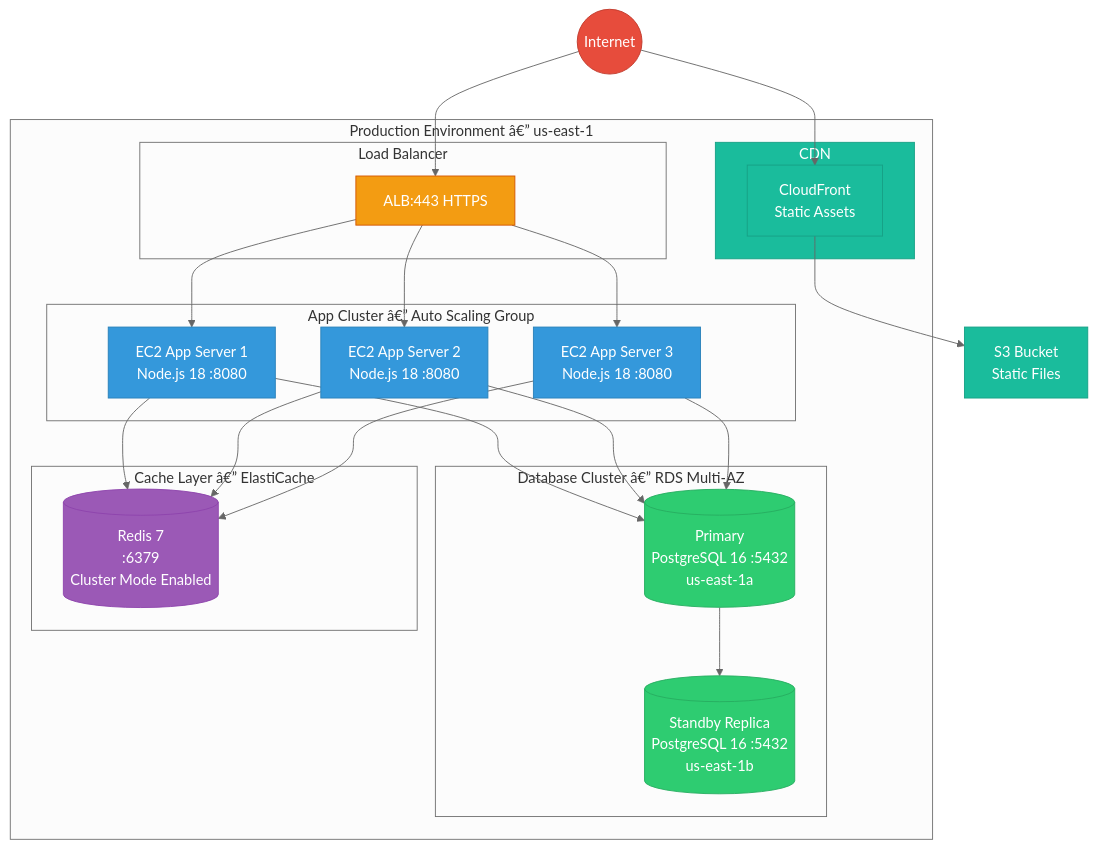
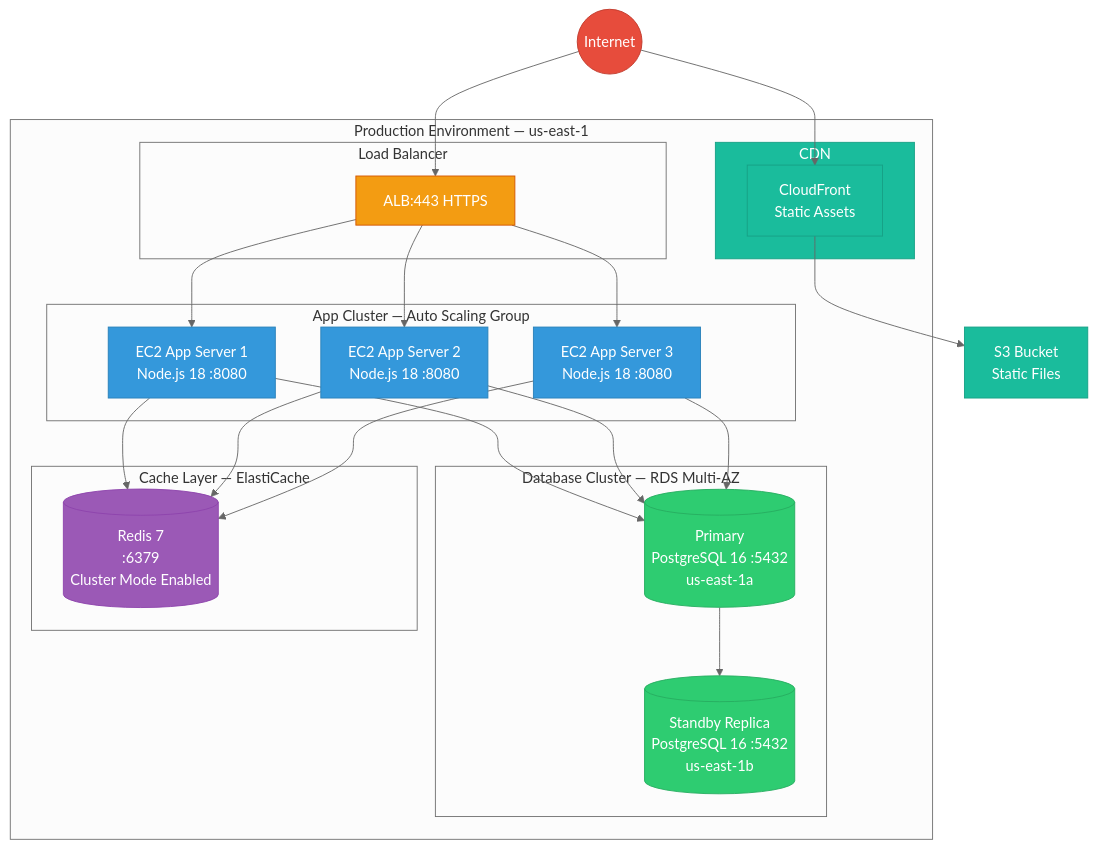
Before and after one commit to Raushan666java/ai-engineering-journey: the eighth of 10 diagrams in docs/courses/software-engineering/03-system-modeling.md, drawn with Mermaid (neutral theme). The commit also changed other lines of this file and 965 other files, not shown here.

````diff
--- a/docs/courses/software-engineering/03-system-modeling.md
+++ b/docs/courses/software-engineering/03-system-modeling.md
@@ -429,49 +429,49 @@
 ```mermaid
 graph TD
-    subgraph "Production Environment â€” us-east-1"
+    subgraph "Production Environment — us-east-1"
         subgraph "Load Balancer"
             LB[ALB:443 HTTPS]
         end
-        subgraph "App Cluster â€” Auto Scaling Group"
+        subgraph "App Cluster — Auto Scaling Group"
             A1[EC2 App Server 1<br/>Node.js 18 :8080]
             A2[EC2 App Server 2<br/>Node.js 18 :8080]
             A3[EC2 App Server 3<br/>Node.js 18 :8080]
         end
-        subgraph "Database Cluster â€” RDS Multi-AZ"
+        subgraph "Database Cluster — RDS Multi-AZ"
             DB1[(Primary<br/>PostgreSQL 16 :5432<br/>us-east-1a)]
             DB2[(Standby Replica<br/>PostgreSQL 16 :5432<br/>us-east-1b)]
         end
-        subgraph "Cache Layer â€” ElastiCache"
+        subgraph "Cache Layer — ElastiCache"
             REDIS[(Redis 7<br/>:6379<br/>Cluster Mode Enabled)]
         end
         subgraph "CDN"
             CF[CloudFront<br/>Static Assets]
         end
     end
     INTERNET((Internet)) --> CF
     INTERNET --> LB
     LB --> A1
     LB --> A2
     LB --> A3
     A1 --> DB1
     A2 --> DB1
     A3 --> DB1
     DB1 --> DB2
     A1 --> REDIS
     A2 --> REDIS
     A3 --> REDIS
     CF --> S3[S3 Bucket<br/>Static Files]
 
     classDef internet fill:#e74c3c,stroke:#c0392b,color:#fff
     classDef lb fill:#f39c12,stroke:#d35400,color:#fff
     classDef app fill:#3498db,stroke:#2980b9,color:#fff
     classDef db fill:#2ecc71,stroke:#27ae60,color:#fff
     classDef cache fill:#9b59b6,stroke:#8e44ad,color:#fff
     classDef cdn fill:#1abc9c,stroke:#16a085,color:#fff
     class INTERNET internet
     class LB lb
     class A1,A2,A3 app
     class DB1,DB2 db
     class REDIS cache
     class CF,CDN,S3 cdn
 ```
````
